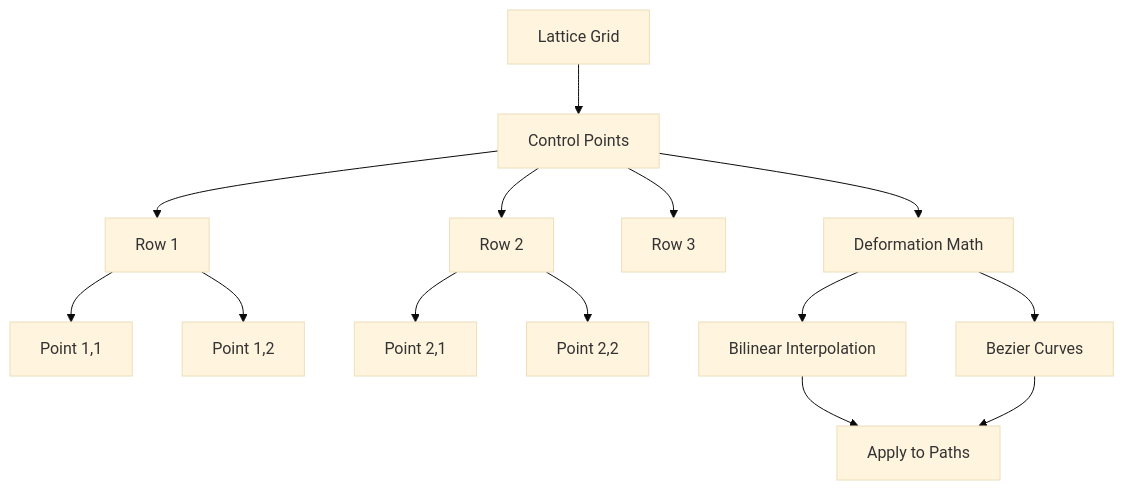
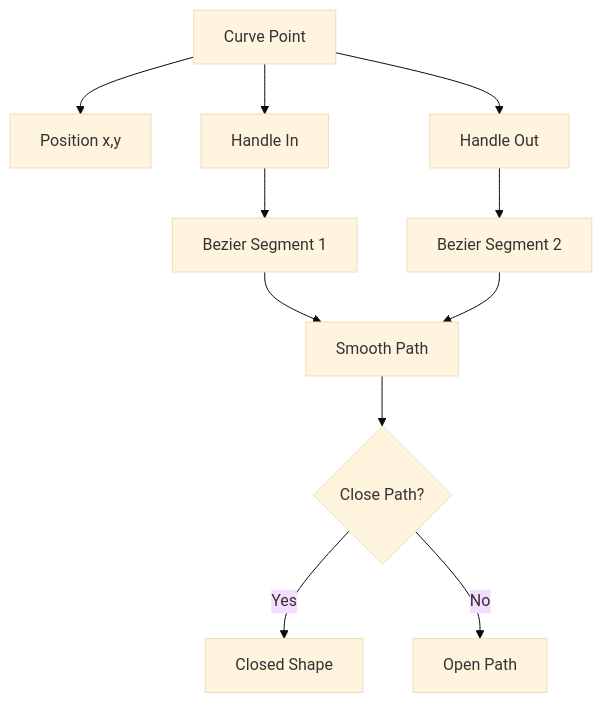
One commit to ekrsulov/ttpe changed the second of 2 diagrams in doc/docs/plugins/catalog/curves.md. Above: the diagram before and after it, drawn with Mermaid (base theme). The commit also changed other lines of this file, not shown here.

Commit message:
docs: fix curves plugin documentation - describe Bézier curve drawing tool accurately

````diff
--- a/doc/docs/plugins/catalog/curves.md
+++ b/doc/docs/plugins/catalog/curves.md
@@ -55,17 +54,16 @@
 ```mermaid
 graph TB
-    L[Lattice Grid] --> CP[Control Points]
-    CP --> R1[Row 1]
-    CP --> R2[Row 2]
-    CP --> R3[Row 3]
-    R1 --> P1[Point 1,1]
-    R1 --> P2[Point 1,2]
-    R2 --> P3[Point 2,1]
-    R2 --> P4[Point 2,2]
+    CP[Curve Point] --> P[Position x,y]
+    CP --> HI[Handle In]
+    CP --> HO[Handle Out]
     
-    CP --> DM[Deformation Math]
-    DM --> BI[Bilinear Interpolation]
-    DM --> BZ[Bezier Curves]
-    BI --> AP[Apply to Paths]
-    BZ --> AP
+    HI --> BZ1[Bezier Segment 1]
+    HO --> BZ2[Bezier Segment 2]
+    
+    BZ1 --> PATH[Smooth Path]
+    BZ2 --> PATH
+    
+    PATH --> CLOSE{Close Path?}
+    CLOSE -->|Yes| SHAPE[Closed Shape]
+    CLOSE -->|No| OPEN[Open Path]
 ```
````
